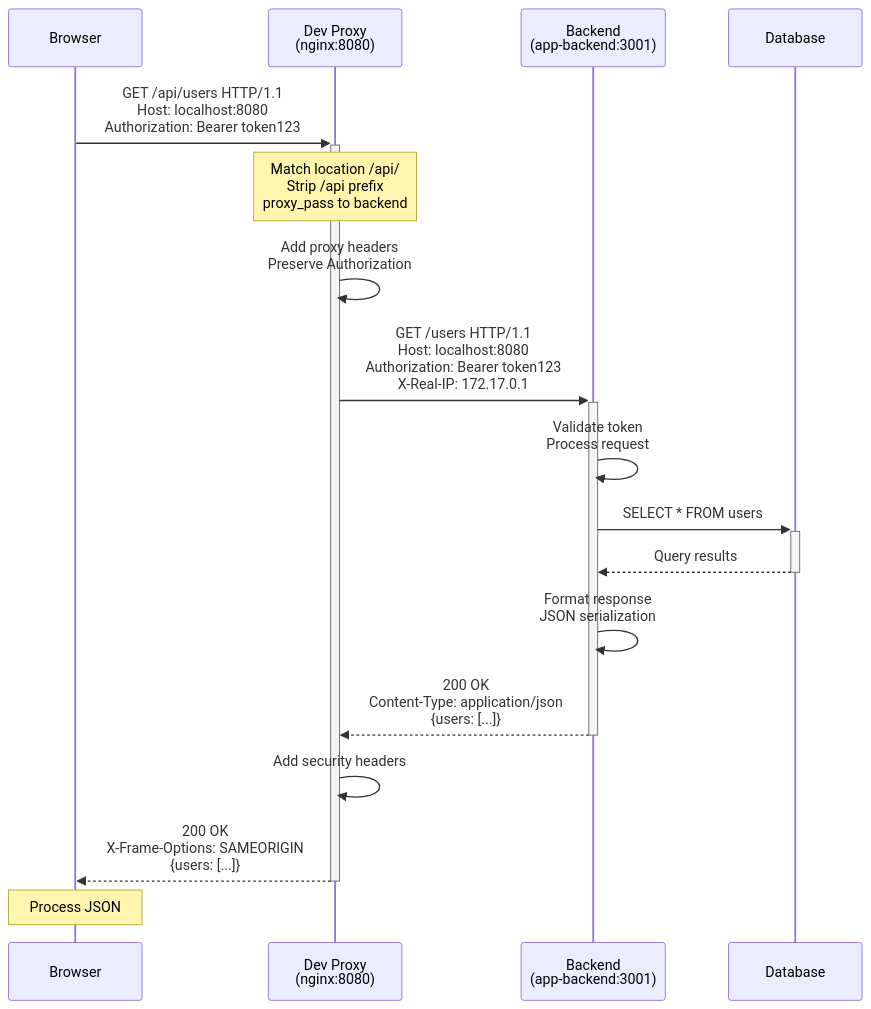
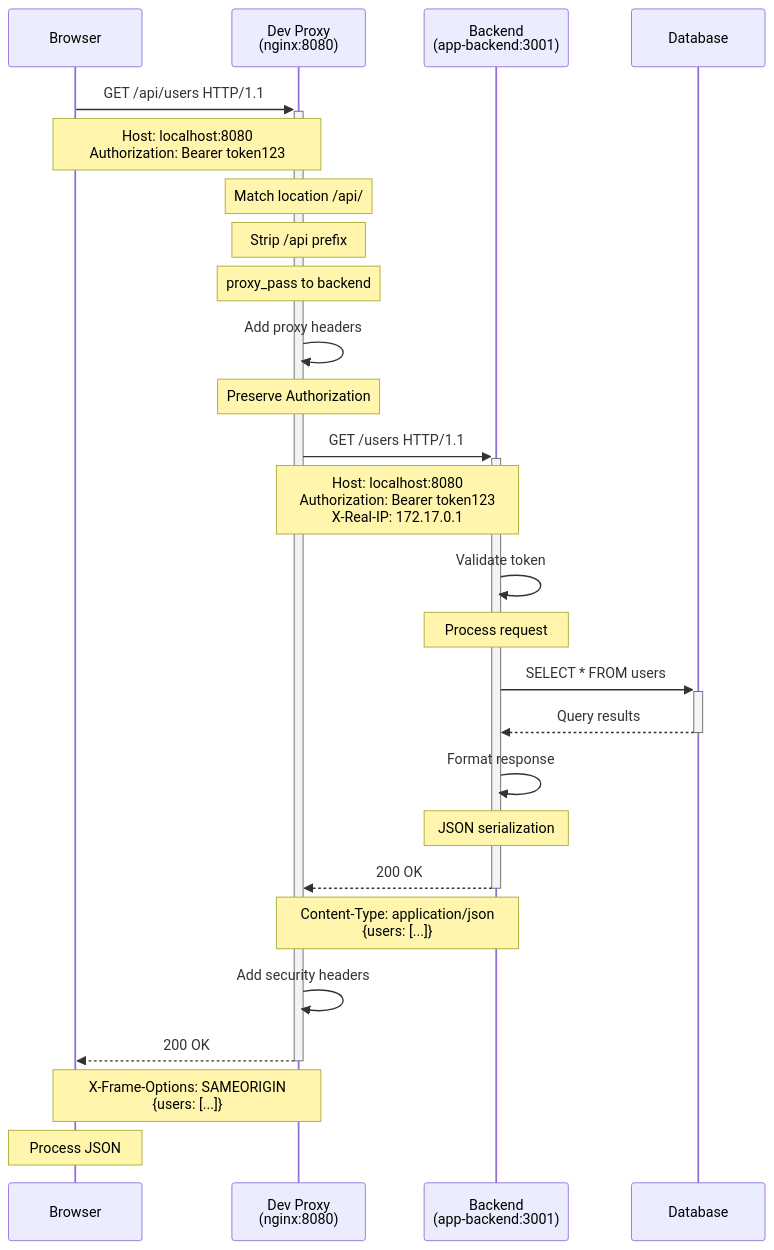
The second of 9 diagrams in wiki/Request-Flow.md (softwarewrighter/dev-proxy), drawn with Mermaid before and after one commit. The commit also changed other lines of this file, not shown here.

First line of the commit message:
Fix all broken Mermaid sequence diagrams in Request-Flow.md

````diff
--- a/wiki/Request-Flow.md
+++ b/wiki/Request-Flow.md
@@ -67,30 +76,39 @@
 ```mermaid
 sequenceDiagram
     participant Browser
     participant DevProxy as Dev Proxy<br/>(nginx:8080)
     participant Backend as Backend<br/>(app-backend:3001)
     participant Database as Database
 
-    Browser->>+DevProxy: GET /api/users HTTP/1.1<br/>Host: localhost:8080<br/>Authorization: Bearer token123
+    Browser->>+DevProxy: GET /api/users HTTP/1.1
+    Note over Browser,DevProxy: Host: localhost:8080<br/>Authorization: Bearer token123
 
-    Note over DevProxy: Match location /api/<br/>Strip /api prefix<br/>proxy_pass to backend
+    Note over DevProxy: Match location /api/
+    Note over DevProxy: Strip /api prefix
+    Note over DevProxy: proxy_pass to backend
 
-    DevProxy->>DevProxy: Add proxy headers<br/>Preserve Authorization
+    DevProxy->>DevProxy: Add proxy headers
+    Note over DevProxy: Preserve Authorization
 
-    DevProxy->>+Backend: GET /users HTTP/1.1<br/>Host: localhost:8080<br/>Authorization: Bearer token123<br/>X-Real-IP: 172.17.0.1
+    DevProxy->>+Backend: GET /users HTTP/1.1
+    Note over DevProxy,Backend: Host: localhost:8080<br/>Authorization: Bearer token123<br/>X-Real-IP: 172.17.0.1
 
-    Backend->>Backend: Validate token<br/>Process request
+    Backend->>Backend: Validate token
+    Note over Backend: Process request
 
     Backend->>+Database: SELECT * FROM users
     Database-->>-Backend: Query results
 
-    Backend->>Backend: Format response<br/>JSON serialization
+    Backend->>Backend: Format response
+    Note over Backend: JSON serialization
 
-    Backend-->>-DevProxy: 200 OK<br/>Content-Type: application/json<br/>{users: [...]}
+    Backend-->>-DevProxy: 200 OK
+    Note over Backend,DevProxy: Content-Type: application/json<br/>{users: [...]}
 
     DevProxy->>DevProxy: Add security headers
 
-    DevProxy-->>-Browser: 200 OK<br/>X-Frame-Options: SAMEORIGIN<br/>{users: [...]}
+    DevProxy-->>-Browser: 200 OK
+    Note over DevProxy,Browser: X-Frame-Options: SAMEORIGIN<br/>{users: [...]}
 
     Note over Browser: Process JSON
 ```
````
